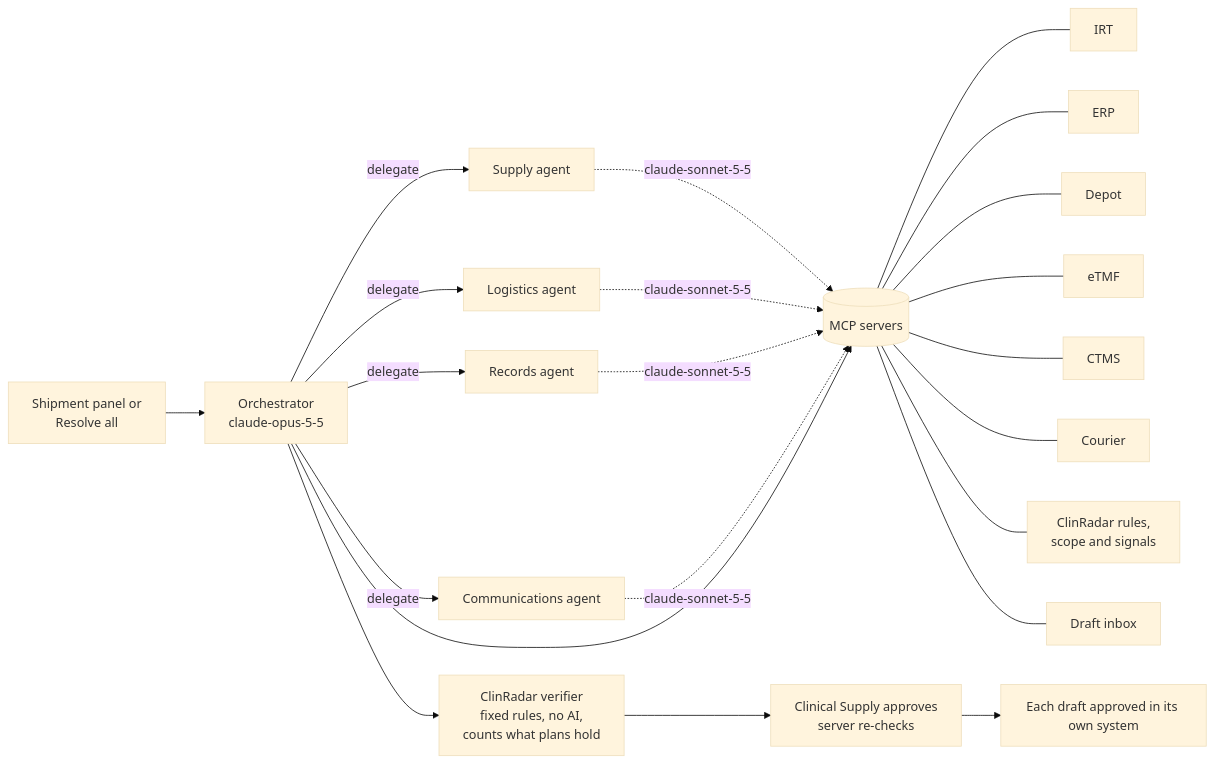
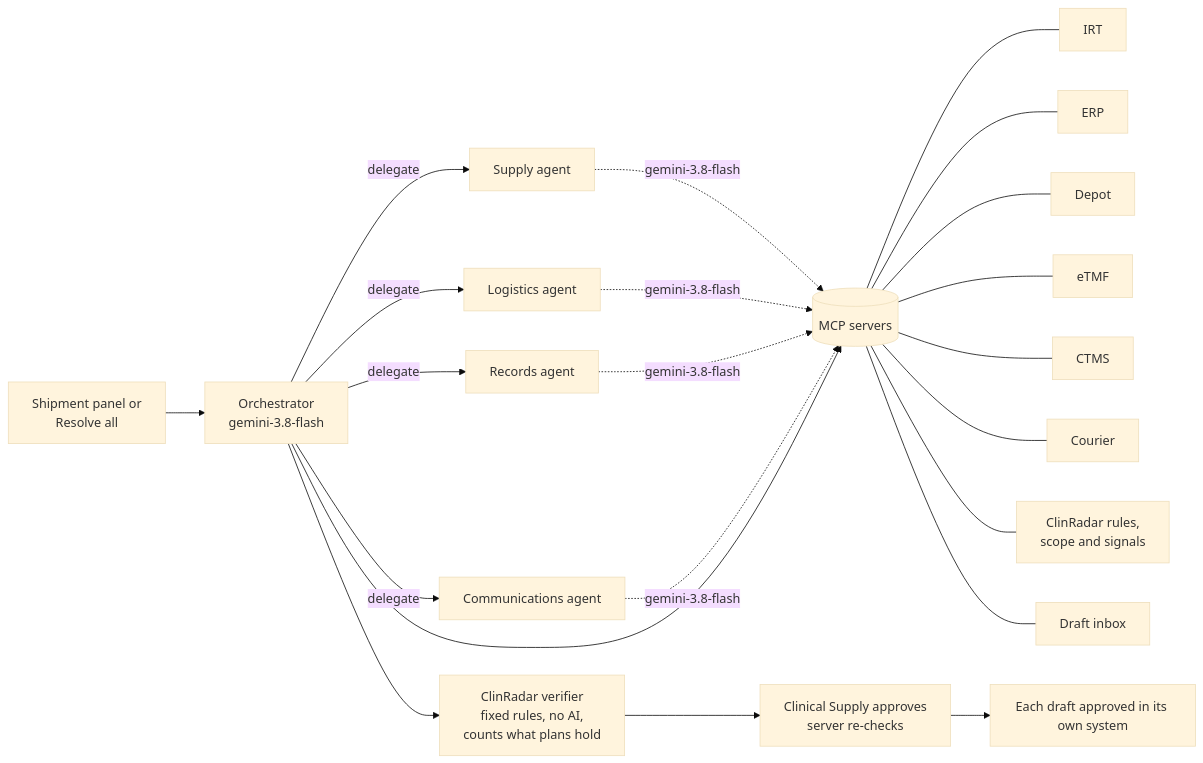
One commit to Gpanaritis/ClinRadar changed the diagram in RegChain-AI-Agents.md. Above: the diagram before and after it, drawn with Mermaid (base theme). The commit also changed other lines of this file and 29 other files, not shown here.

First line of the commit message:
Migrate the app from Claude to the Gemini API

````diff
--- a/RegChain-AI-Agents.md
+++ b/RegChain-AI-Agents.md
@@ -63,14 +63,14 @@
 ```mermaid
 flowchart LR
-  P[Shipment panel or<br/>Resolve all] --> O[Orchestrator<br/>claude-opus-5-5]
+  P[Shipment panel or<br/>Resolve all] --> O[Orchestrator<br/>gemini-3.8-flash]
   O -->|delegate| S[Supply agent]
   O -->|delegate| L[Logistics agent]
   O -->|delegate| R[Records agent]
   O -->|delegate| C[Communications agent]
-  S & L & R & C -.->|claude-sonnet-5-5| M
+  S & L & R & C -.->|gemini-3.8-flash| M
   O --> M[(MCP servers)]
   M --- IRT & ERP & Depot & eTMF & CTMS & Courier & Specs[ClinRadar rules,<br/>scope and signals] & Drafts[Draft inbox]
   O --> V[ClinRadar verifier<br/>fixed rules, no AI,<br/>counts what plans hold]
   V --> H[Clinical Supply approves<br/>server re-checks]
   H --> D[Each draft approved in its own system]
 ```
````
